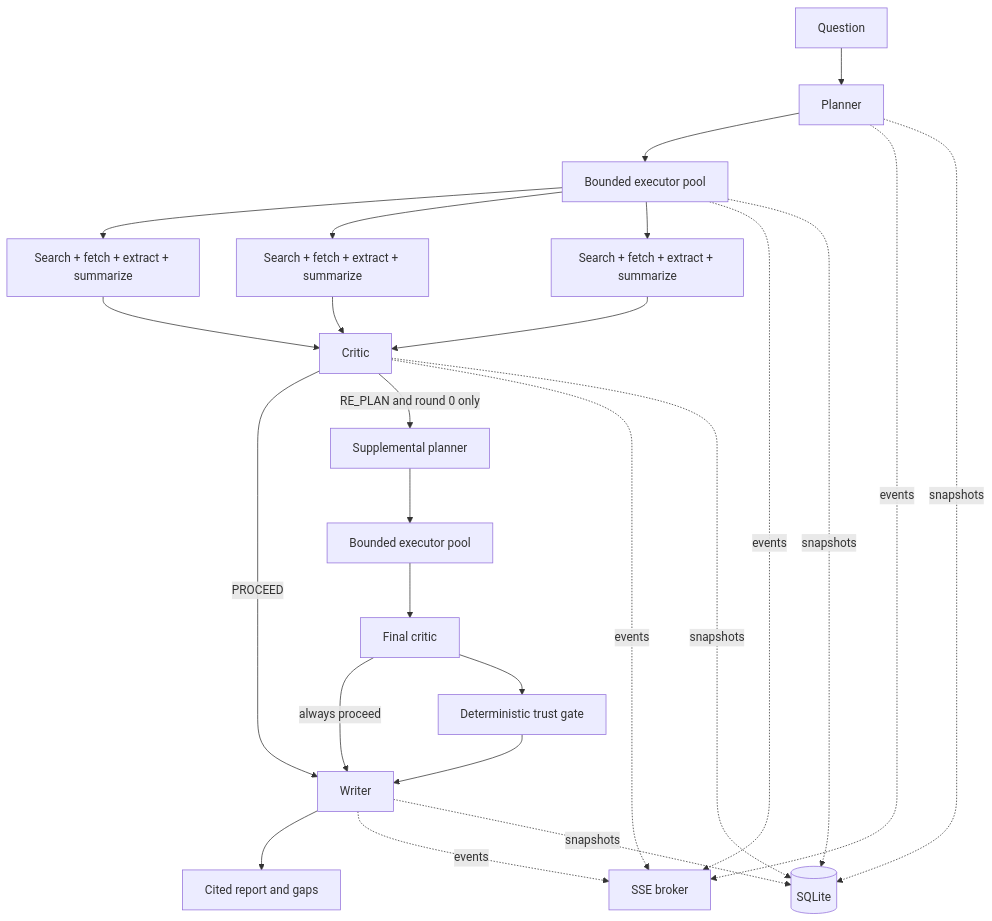
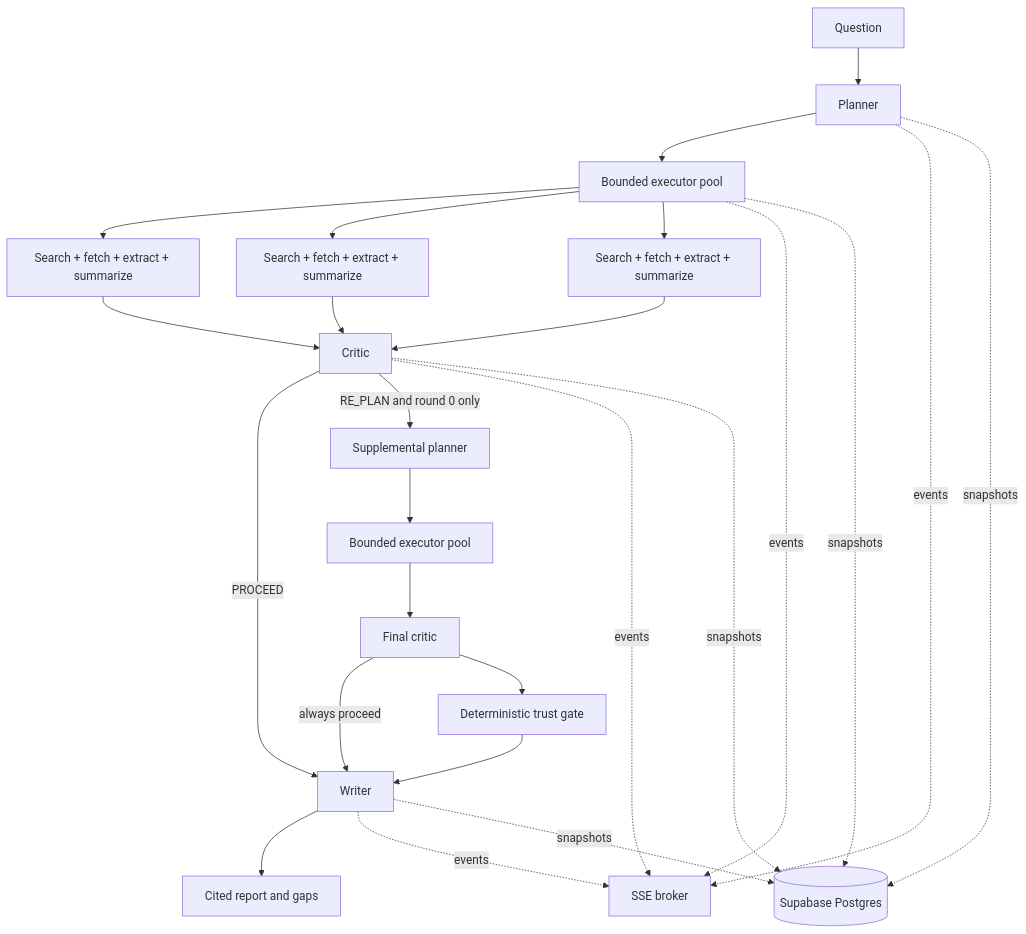
The diagram in docs/ARCHITECTURE.md (ArkaPrabhaChowdhury/verity), drawn with Mermaid before and after one commit. The commit also changed other lines of this file and 76 other files, not shown here.

````diff
--- a/docs/ARCHITECTURE.md
+++ b/docs/ARCHITECTURE.md
@@ -5,27 +5,27 @@
 ```mermaid
 flowchart TD
     Q[Question] --> P[Planner]
     P --> E[Bounded executor pool]
     E --> S1[Search + fetch + extract + summarize]
     E --> S2[Search + fetch + extract + summarize]
     E --> S3[Search + fetch + extract + summarize]
     S1 --> C[Critic]
     S2 --> C
     S3 --> C
     C -->|PROCEED| W[Writer]
     C -->|RE_PLAN and round 0 only| RP[Supplemental planner]
     RP --> E2[Bounded executor pool]
     E2 --> C2[Final critic]
     C2 -->|always proceed| W
     W --> R[Cited report and gaps]
 	C2 --> T[Deterministic trust gate]
 	T --> W
     P -. events .-> SSE[SSE broker]
     E -. events .-> SSE
     C -. events .-> SSE
     W -. events .-> SSE
-    P -. snapshots .-> DB[(SQLite)]
+    P -. snapshots .-> DB[(Supabase Postgres)]
     E -. snapshots .-> DB
     C -. snapshots .-> DB
     W -. snapshots .-> DB
 ```
````
